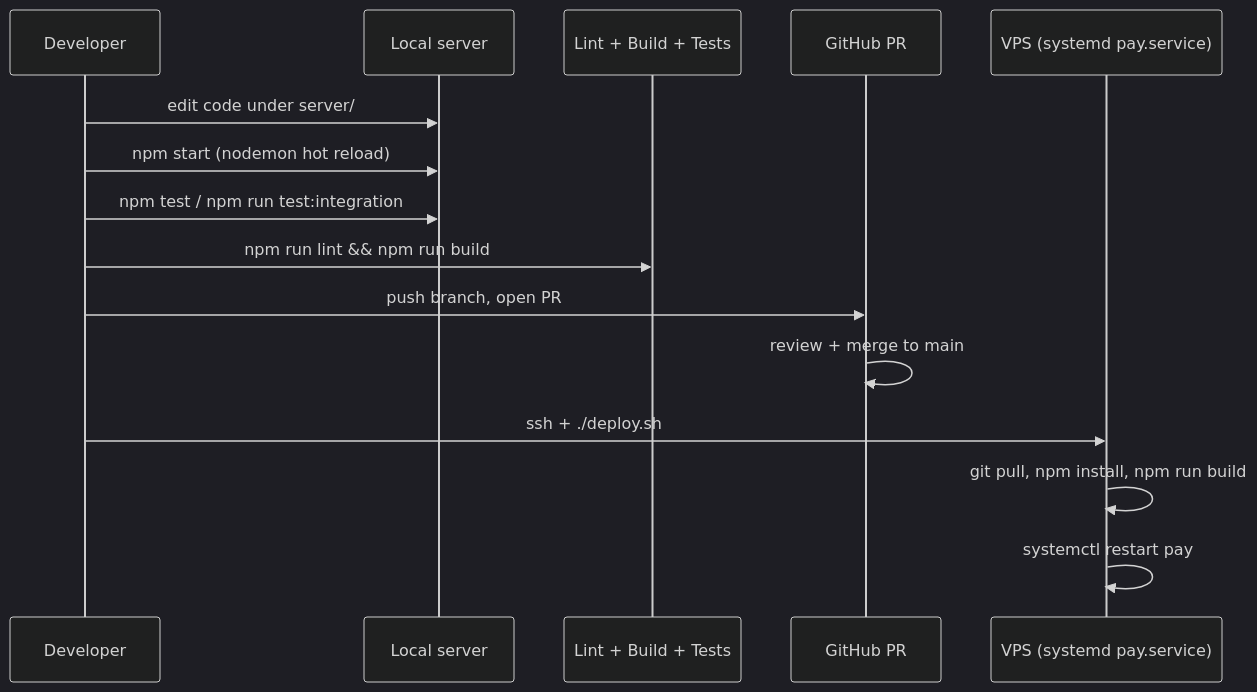
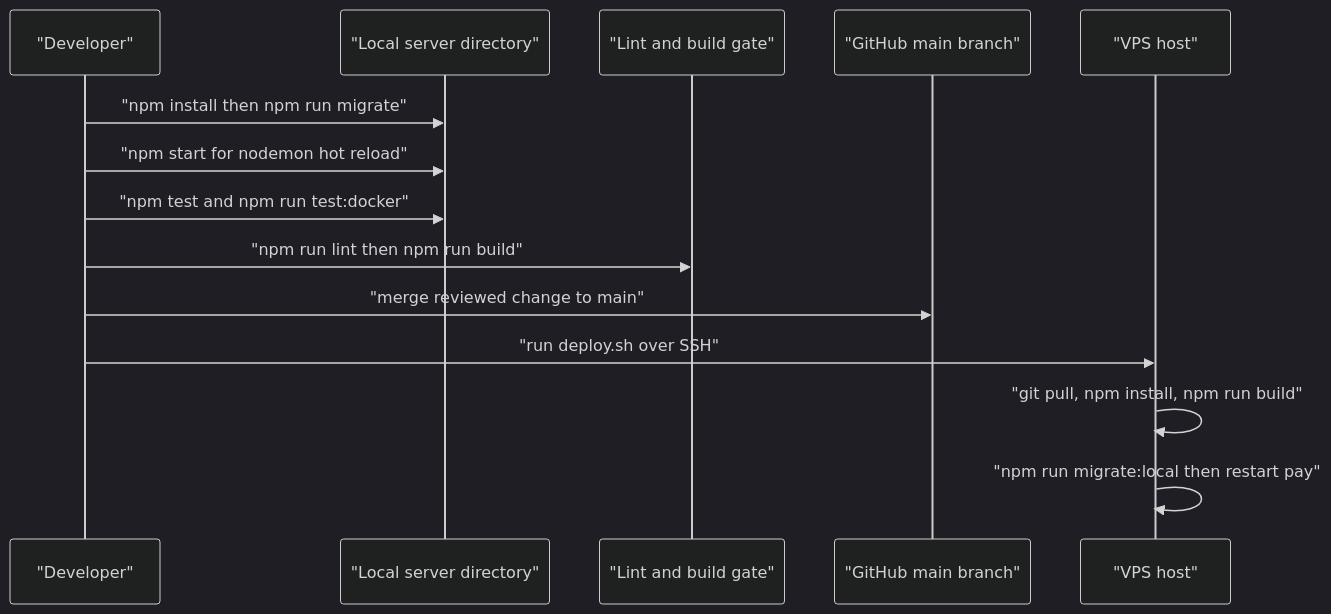
The diagram in content/repos/Jeffrey-Keyser-pay/Iteration-Loop.md (Jeffrey-Keyser/project-wiki), drawn with Mermaid (dark theme) before and after one commit. The commit also changed other lines of this file and 150 other files, not shown here.

````diff
--- a/content/repos/Jeffrey-Keyser-pay/Iteration-Loop.md
+++ b/content/repos/Jeffrey-Keyser-pay/Iteration-Loop.md
@@ -8,18 +10,16 @@
 ```mermaid
 sequenceDiagram
-  participant Dev as Developer
-  participant Local as Local server
-  participant CI as Lint + Build + Tests
-  participant PR as GitHub PR
-  participant VPS as VPS (systemd pay.service)
-
-  Dev->>Local: edit code under server/
-  Dev->>Local: npm start (nodemon hot reload)
-  Dev->>Local: npm test / npm run test:integration
-  Dev->>CI: npm run lint && npm run build
-  Dev->>PR: push branch, open PR
-  PR->>PR: review + merge to main
-  Dev->>VPS: ssh + ./deploy.sh
-  VPS->>VPS: git pull, npm install, npm run build
-  VPS->>VPS: systemctl restart pay
+  participant Dev as "Developer"
+  participant Local as "Local server directory"
+  participant Gate as "Lint and build gate"
+  participant Git as "GitHub main branch"
+  participant Host as "VPS host"
+  Dev->>Local: "npm install then npm run migrate"
+  Dev->>Local: "npm start for nodemon hot reload"
+  Dev->>Local: "npm test and npm run test:docker"
+  Dev->>Gate: "npm run lint then npm run build"
+  Dev->>Git: "merge reviewed change to main"
+  Dev->>Host: "run deploy.sh over SSH"
+  Host->>Host: "git pull, npm install, npm run build"
+  Host->>Host: "npm run migrate:local then restart pay"
 ```
````
